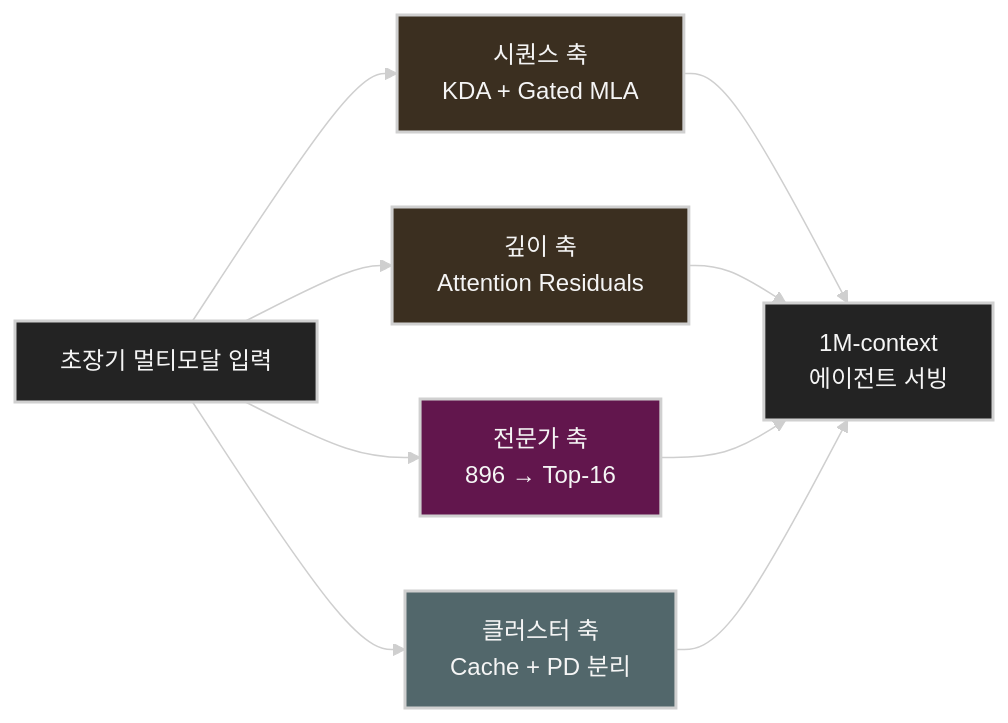
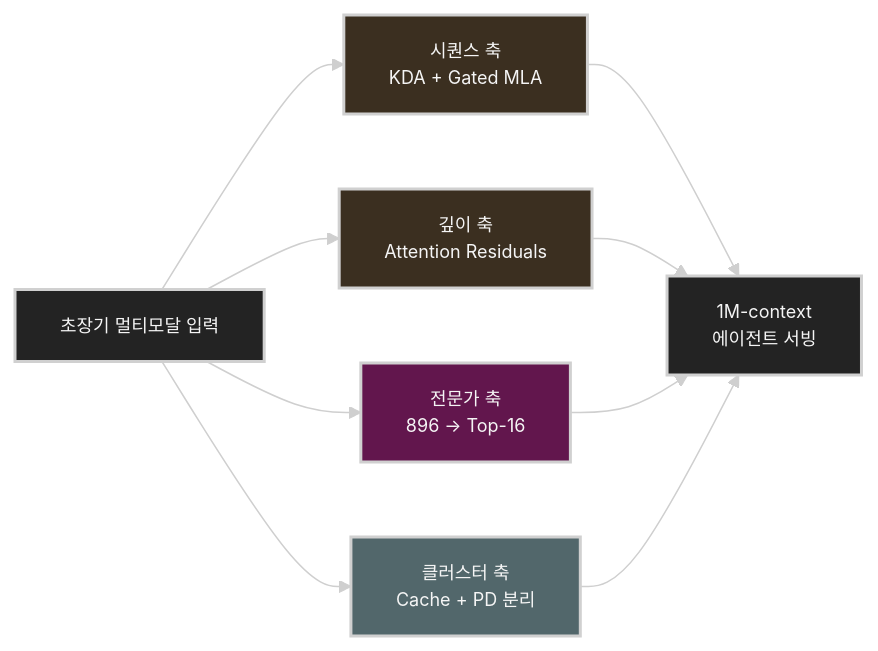
Before and after one commit to ziwon/ai-data-center-network: the first of 2 diagrams in inference/models/kimi-k3.md, drawn with Mermaid. The commit also changed other lines of this file and 4 other files, not shown here.

````diff
--- a/inference/models/kimi-k3.md
+++ b/inference/models/kimi-k3.md
@@ -61,22 +61,22 @@
 ```mermaid
-%%{init: {"theme": "base", "themeVariables": {"background": "#171717", "primaryColor": "#232323", "primaryTextColor": "#f5f5f5", "primaryBorderColor": "#d0d0d0", "lineColor": "#cfcfcf", "fontFamily": "Inter, Arial, sans-serif"}}}%%
+%%{init: {"theme": "base", "themeVariables": {"background": "#171717", "primaryColor": "#232323", "primaryTextColor": "#f5f5f5", "primaryBorderColor": "#d0d0d0", "lineColor": "#cfcfcf", "fontFamily": "Inter, Arial, sans-serif", "fontSize": "12px"}}}%%
 flowchart LR
     I[초장기 멀티모달 입력] --> S[시퀀스 축<br/>KDA + Gated MLA]
     I --> D[깊이 축<br/>Attention Residuals]
     I --> E[전문가 축<br/>896 → Top-16]
     I --> C[클러스터 축<br/>Cache + PD 분리]
 
     S --> O[1M-context<br/>에이전트 서빙]
     D --> O
     E --> O
     C --> O
 
-    classDef primary fill:#232323,stroke:#d0d0d0,color:#f5f5f5,stroke-width:2px;
-    classDef secondary fill:#3b2f20,stroke:#d0d0d0,color:#f5f5f5,stroke-width:2px;
-    classDef note fill:#52676b,stroke:#d0d0d0,color:#f5f5f5,stroke-width:2px;
-    classDef accent fill:#62164d,stroke:#d0d0d0,color:#f5f5f5,stroke-width:2px;
+    classDef primary fill:#232323,stroke:#d0d0d0,color:#f5f5f5,stroke-width:2px,font-family:Inter;
+    classDef secondary fill:#3b2f20,stroke:#d0d0d0,color:#f5f5f5,stroke-width:2px,font-family:Inter;
+    classDef note fill:#52676b,stroke:#d0d0d0,color:#f5f5f5,stroke-width:2px,font-family:Inter;
+    classDef accent fill:#62164d,stroke:#d0d0d0,color:#f5f5f5,stroke-width:2px,font-family:Inter;
     class I,O primary
     class S,D secondary
     class C note
     class E accent
 ```
````
